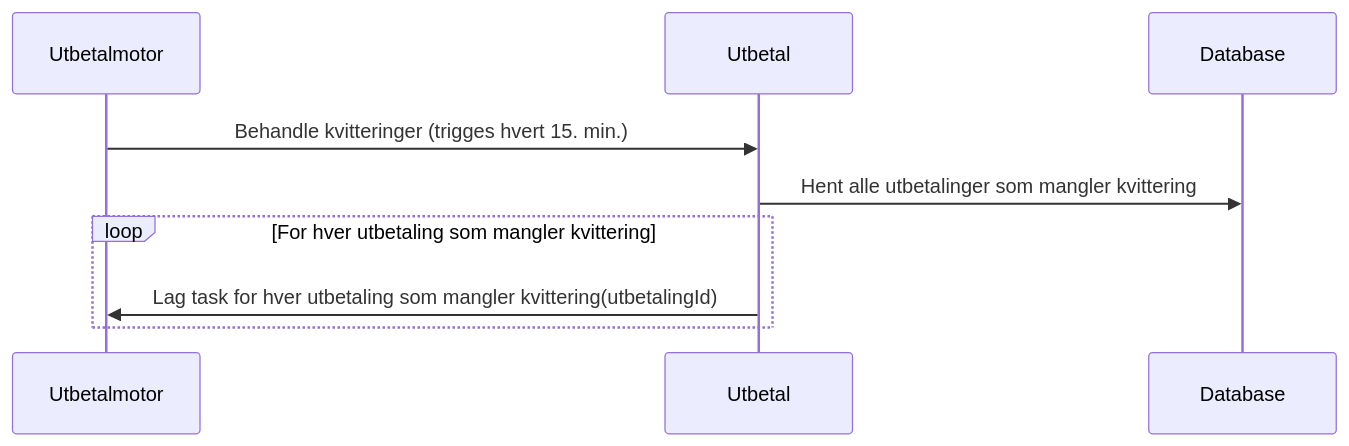
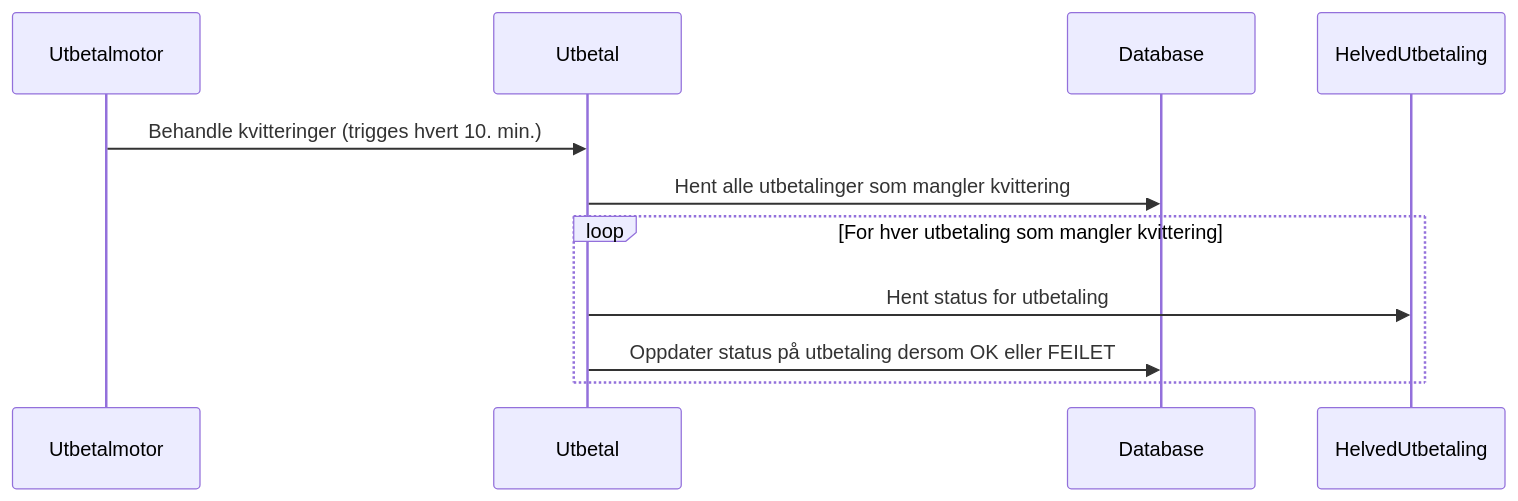
The sixth of 6 diagrams in README.md (navikt/aap-utbetal), drawn with Mermaid before and after one commit. The commit also changed other lines of this file, not shown here.

````diff
--- a/README.md
+++ b/README.md
@@ -92,8 +80,9 @@
 ```mermaid
 sequenceDiagram
-Utbetalmotor->>Utbetal: Behandle kvitteringer (trigges hvert 15. min.)
+Utbetalmotor->>Utbetal: Behandle kvitteringer (trigges hvert 10. min.)
 Utbetal->>Database: Hent alle utbetalinger som mangler kvittering
 loop For hver utbetaling som mangler kvittering
-    Utbetal->>Utbetalmotor: Lag task for hver utbetaling som mangler kvittering(utbetalingId)
+    Utbetal->>HelvedUtbetaling: Hent status for utbetaling
+    Utbetal->>Database: Oppdater status på utbetaling dersom OK eller FEILET
 end
 ```
````
